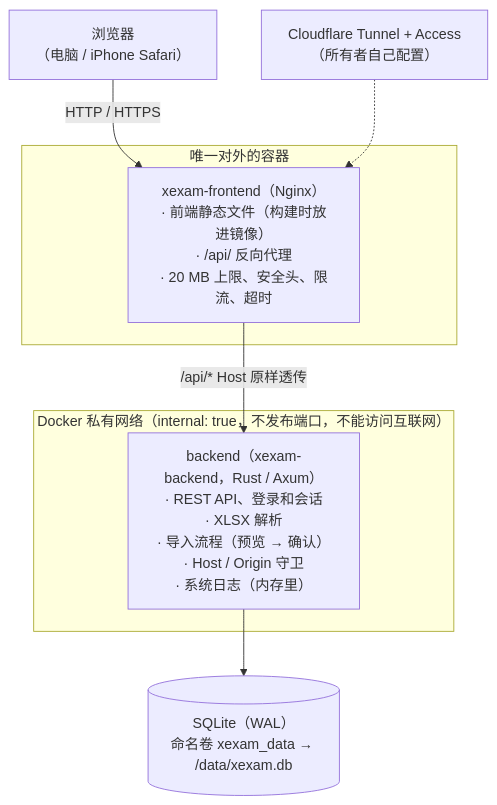
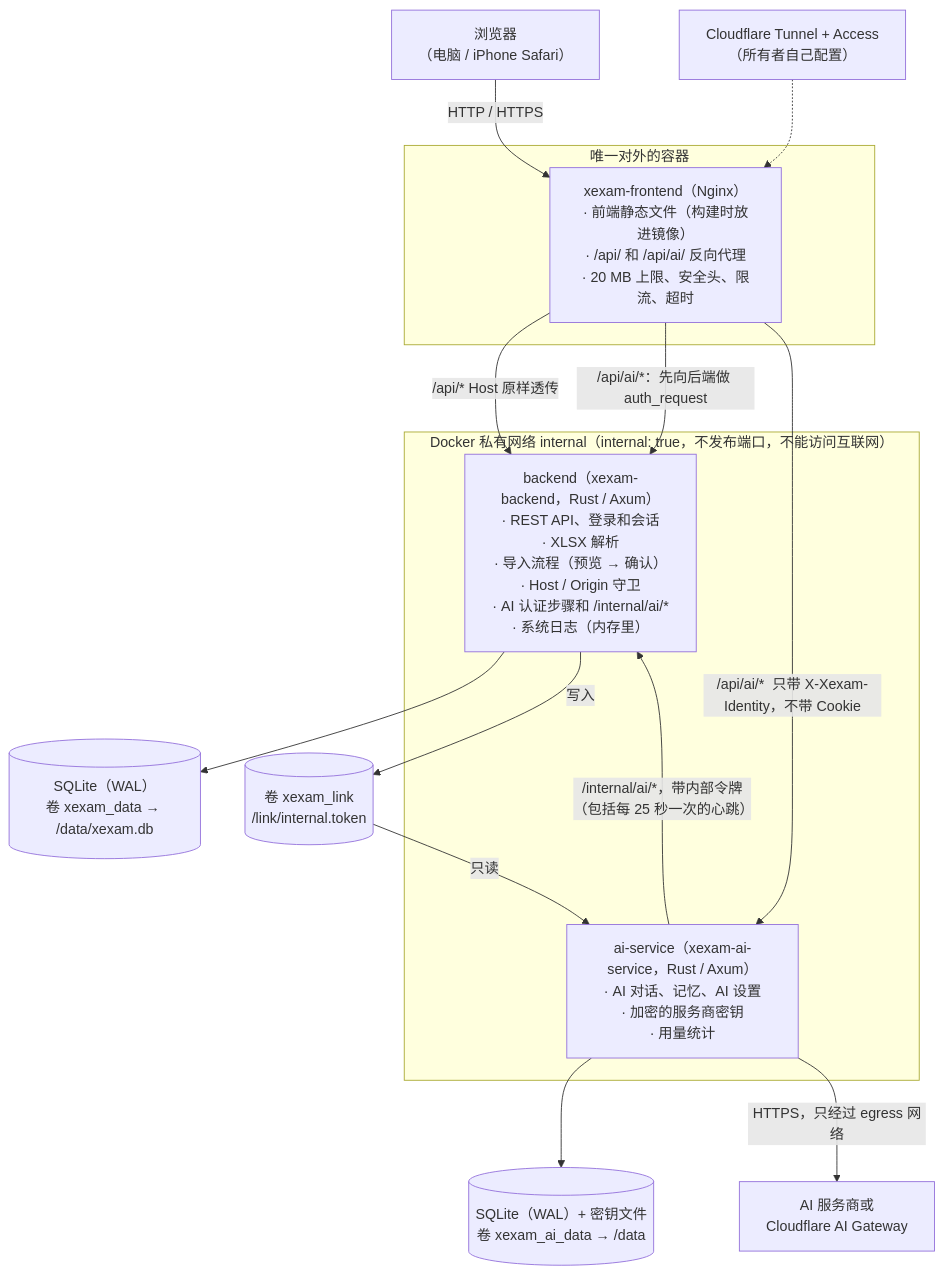
One commit to Yumin-Space/xexam changed the first of 7 diagrams in docs/zh-CN/architecture.md. Above: the diagram before and after it, drawn with Mermaid. The commit also changed other lines of this file and 233 other files, not shown here.

````diff
--- a/docs/zh-CN/architecture.md
+++ b/docs/zh-CN/architecture.md
@@ -10,13 +10,21 @@
 ```mermaid
 flowchart TB
     U["浏览器<br/>（电脑 / iPhone Safari）"] -->|"HTTP / HTTPS"| N
     subgraph pub["唯一对外的容器"]
-        N["xexam-frontend（Nginx）<br/>· 前端静态文件（构建时放进镜像）<br/>· /api/ 反向代理<br/>· 20 MB 上限、安全头、限流、超时"]
+        N["xexam-frontend（Nginx）<br/>· 前端静态文件（构建时放进镜像）<br/>· /api/ 和 /api/ai/ 反向代理<br/>· 20 MB 上限、安全头、限流、超时"]
     end
-    subgraph priv["Docker 私有网络（internal: true，不发布端口，不能访问互联网）"]
-        B["backend（xexam-backend，Rust / Axum）<br/>· REST API、登录和会话<br/>· XLSX 解析<br/>· 导入流程（预览 → 确认）<br/>· Host / Origin 守卫<br/>· 系统日志（内存里）"]
+    subgraph priv["Docker 私有网络 internal（internal: true，不发布端口，不能访问互联网）"]
+        B["backend（xexam-backend，Rust / Axum）<br/>· REST API、登录和会话<br/>· XLSX 解析<br/>· 导入流程（预览 → 确认）<br/>· Host / Origin 守卫<br/>· AI 认证步骤和 /internal/ai/*<br/>· 系统日志（内存里）"]
+        A["ai-service（xexam-ai-service，Rust / Axum）<br/>· AI 对话、记忆、AI 设置<br/>· 加密的服务商密钥<br/>· 用量统计"]
     end
     N -->|"/api/*  Host 原样透传"| B
-    B --> D[("SQLite（WAL）<br/>命名卷 xexam_data → /data/xexam.db")]
+    N -->|"/api/ai/*：先向后端做 auth_request"| B
+    N -->|"/api/ai/*  只带 X-Xexam-Identity，不带 Cookie"| A
+    A -->|"/internal/ai/*，带内部令牌<br/>（包括每 25 秒一次的心跳）"| B
+    B --> D[("SQLite（WAL）<br/>卷 xexam_data → /data/xexam.db")]
+    A --> AD[("SQLite（WAL）+ 密钥文件<br/>卷 xexam_ai_data → /data")]
+    B -->|"写入"| L[("卷 xexam_link<br/>/link/internal.token")]
+    L -->|"只读"| A
+    A -->|"HTTPS，只经过 egress 网络"| P["AI 服务商或<br/>Cloudflare AI Gateway"]
     CF["Cloudflare Tunnel + Access<br/>（所有者自己配置）"] -.-> N
 ```
````
